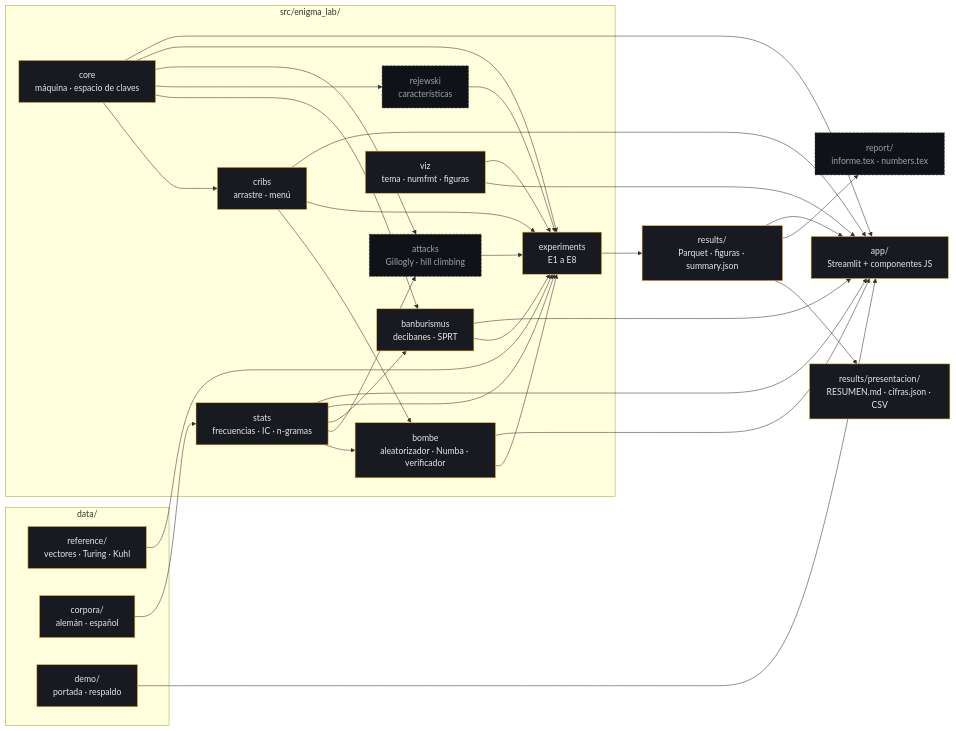
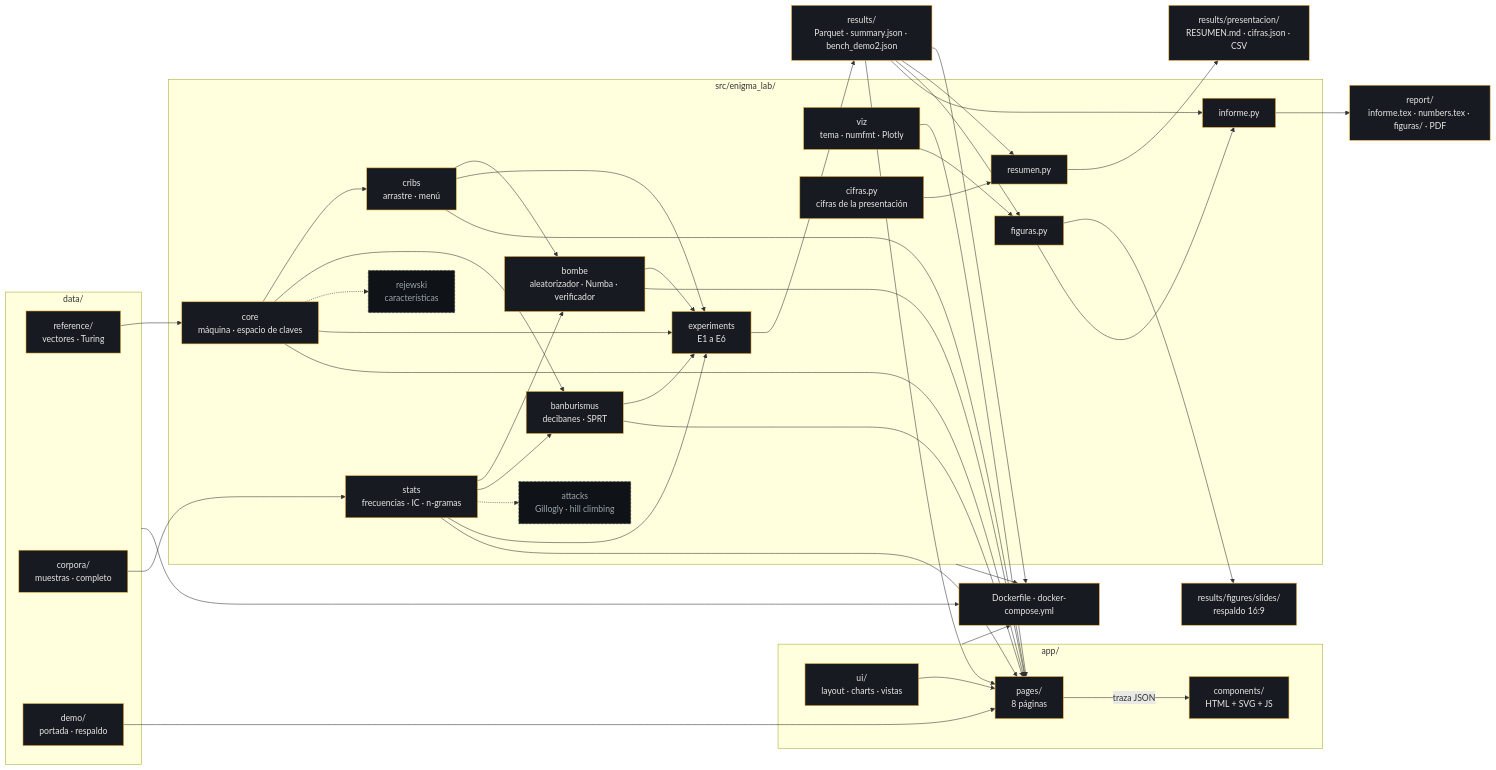
The first of 5 diagrams in docs/ARQUITECTURA.md (Cartosn/enigma-lab), drawn with Mermaid before and after one commit. The commit also changed other lines of this file and 49 other files, not shown here.

````diff
--- a/docs/ARQUITECTURA.md
+++ b/docs/ARQUITECTURA.md
@@ -12,48 +12,63 @@
 ```mermaid
 flowchart LR
     subgraph data["data/"]
-        ref["reference/<br/>vectores · Turing · Kuhl"]
-        corp["corpora/<br/>alemán · español"]
+        ref["reference/<br/>vectores · Turing"]
+        corp["corpora/<br/>muestras · completo"]
         demo["demo/<br/>portada · respaldo"]
     end
 
     subgraph lib["src/enigma_lab/"]
         core["core<br/>máquina · espacio de claves"]
         stats["stats<br/>frecuencias · IC · n-gramas"]
         cribs["cribs<br/>arrastre · menú"]
         bombe["bombe<br/>aleatorizador · Numba · verificador"]
         banb["banburismus<br/>decibanes · SPRT"]
         rej["rejewski<br/>características"]
         att["attacks<br/>Gillogly · hill climbing"]
-        exp["experiments<br/>E1 a E8"]
-        viz["viz<br/>tema · numfmt · figuras"]
+        exp["experiments<br/>E1 a E6"]
+        viz["viz<br/>tema · numfmt · Plotly"]
+        cif["cifras.py<br/>cifras de la presentación"]
+        res["resumen.py"]
+        fig["figuras.py"]
+        inf["informe.py"]
     end
 
-    app["app/<br/>Streamlit + componentes JS"]
-    results["results/<br/>Parquet · figuras · summary.json"]
+    subgraph appdir["app/"]
+        ui["ui/<br/>layout · charts · vistas"]
+        pages["pages/<br/>8 páginas"]
+        comp["components/<br/>HTML + SVG + JS"]
+    end
+
+    results["results/<br/>Parquet · summary.json · bench_demo2.json"]
     pres["results/presentacion/<br/>RESUMEN.md · cifras.json · CSV"]
-    report["report/<br/>informe.tex · numbers.tex"]
+    slides["results/figures/slides/<br/>respaldo 16:9"]
+    report["report/<br/>informe.tex · numbers.tex · figuras/ · PDF"]
+    docker["Dockerfile · docker-compose.yml"]
 
     corp --> stats
-    ref --> exp
-    demo --> app
+    ref --> core
+    demo --> pages
     core --> cribs --> bombe
     core --> banb
-    core --> rej
     stats --> bombe
-    stats --> att
-    core --> att
     stats --> banb
-    core & stats & cribs & bombe & banb & rej & att --> exp
-    exp --> results --> pres
-    results --> report
-    viz --> app
-    viz --> exp
-    core & stats & cribs & bombe & banb --> app
-    results --> app
+    core -.-> rej
+    stats -.-> att
+    core & stats & cribs & bombe & banb --> exp
+    exp --> results
+    results & cif --> res --> pres
+    results --> fig --> slides
+    fig & results --> inf --> report
+    viz --> pages
+    viz --> fig
+    core & stats & cribs & bombe & banb --> pages
+    results --> pages
+    ui --> pages
+    pages -- "traza JSON" --> comp
+    lib & appdir & data & results --> docker
 
     classDef done fill:#171B21,stroke:#F2B134,color:#E8E6E3
     classDef todo fill:#0F1216,stroke:#2A3038,color:#9AA3AD,stroke-dasharray: 4 3
-    class core,viz,app,exp,results,pres,ref,demo,stats,cribs,corp,bombe,banb done
-    class rej,att,report todo
+    class core,viz,exp,results,pres,ref,demo,stats,cribs,corp,bombe,banb,cif,res,fig,inf,ui,pages,comp,slides,report,docker done
+    class rej,att todo
 ```
````
